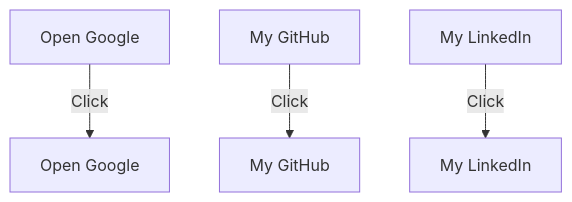
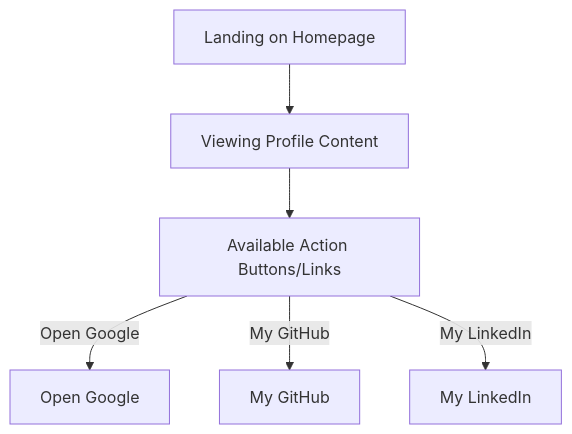
One commit to naseraljed-star/my_site changed the diagram in docs/developer-guide.md. Above: the diagram before and after it, drawn with Mermaid. The commit also changed other lines of this file and 2 other files, not shown here.

Commit message:
update developer guide

````diff
--- a/docs/developer-guide.md
+++ b/docs/developer-guide.md
@@ -14,10 +14,8 @@
 ```mermaid
 flowchart TD
-    A[Open Google]
-    B[My GitHub]
-    C[My LinkedIn]
-    
-    A -->|Click| D[Open Google]
-    B -->|Click| E[My GitHub]
-    C -->|Click| F[My LinkedIn]
+    A[Landing on Homepage] --> B[Viewing Profile Content]
+    B --> C[Available Action Buttons/Links]
+    C -->|Open Google| D[Open Google]
+    C -->|My GitHub| E[My GitHub]
+    C -->|My LinkedIn| F[My LinkedIn]
 ```
````
